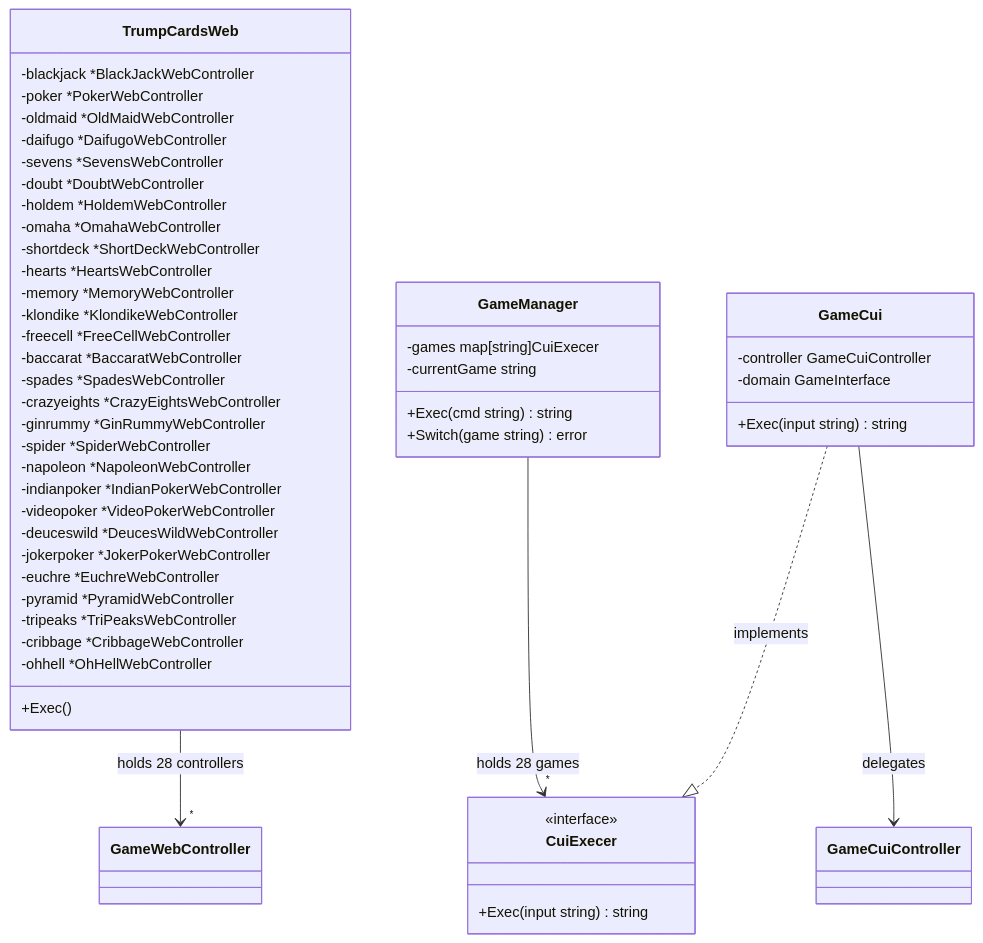
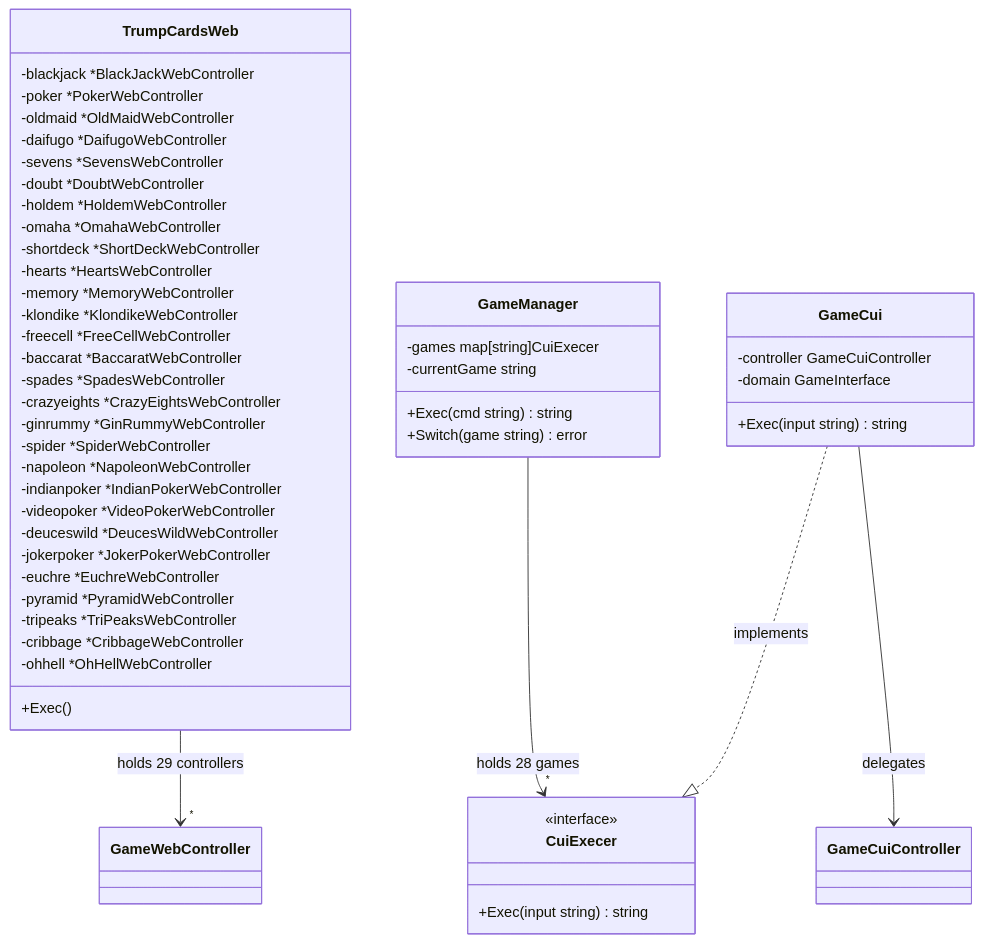
Diagram 11 of 35 in docs/design/backend.md (yuta-yoshinaga/go_trumpcards), drawn with Mermaid before and after one commit. The commit also changed other lines of this file and 3 other files, not shown here.

````diff
--- a/docs/design/backend.md
+++ b/docs/design/backend.md
@@ -892,57 +898,57 @@
 ```mermaid
 classDiagram
     class TrumpCardsWeb {
         -blackjack *BlackJackWebController
         -poker *PokerWebController
         -oldmaid *OldMaidWebController
         -daifugo *DaifugoWebController
         -sevens *SevensWebController
         -doubt *DoubtWebController
         -holdem *HoldemWebController
         -omaha *OmahaWebController
         -shortdeck *ShortDeckWebController
         -hearts *HeartsWebController
         -memory *MemoryWebController
         -klondike *KlondikeWebController
         -freecell *FreeCellWebController
         -baccarat *BaccaratWebController
         -spades *SpadesWebController
         -crazyeights *CrazyEightsWebController
         -ginrummy *GinRummyWebController
         -spider *SpiderWebController
         -napoleon *NapoleonWebController
         -indianpoker *IndianPokerWebController
         -videopoker *VideoPokerWebController
         -deuceswild *DeucesWildWebController
         -jokerpoker *JokerPokerWebController
         -euchre *EuchreWebController
         -pyramid *PyramidWebController
         -tripeaks *TriPeaksWebController
         -cribbage *CribbageWebController
         -ohhell *OhHellWebController
         +Exec()
     }
 
     class GameManager {
         -games map[string]CuiExecer
         -currentGame string
         +Exec(cmd string) string
         +Switch(game string) error
     }
 
     class CuiExecer {
         <<interface>>
         +Exec(input string) string
     }
 
     class GameCui {
         -controller GameCuiController
         -domain GameInterface
         +Exec(input string) string
     }
 
-    TrumpCardsWeb --> "*" GameWebController : holds 28 controllers
+    TrumpCardsWeb --> "*" GameWebController : holds 29 controllers
     GameManager --> "*" CuiExecer : holds 28 games
     GameCui ..|> CuiExecer : implements
     GameCui --> GameCuiController : delegates
 ```
````
